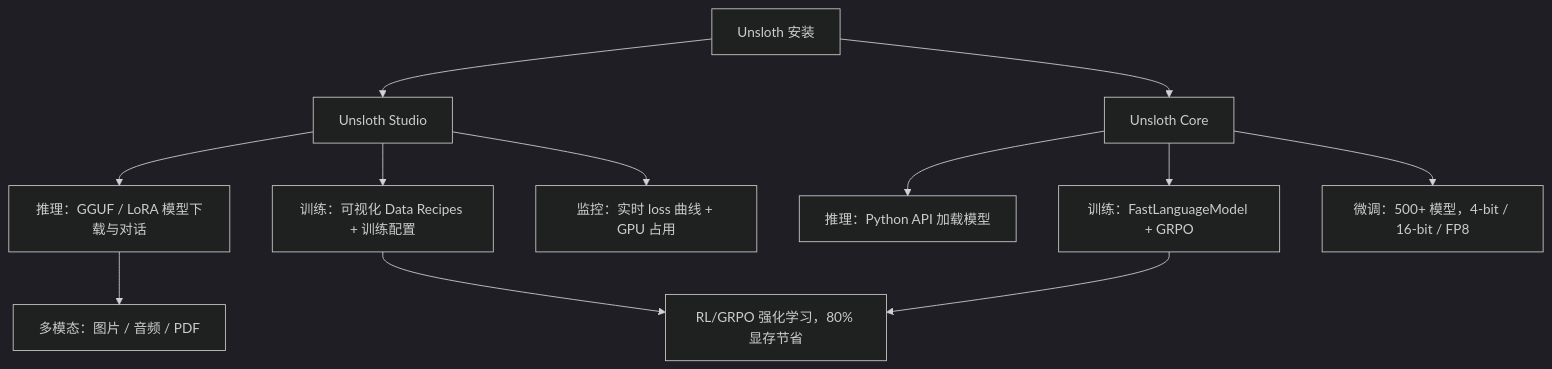
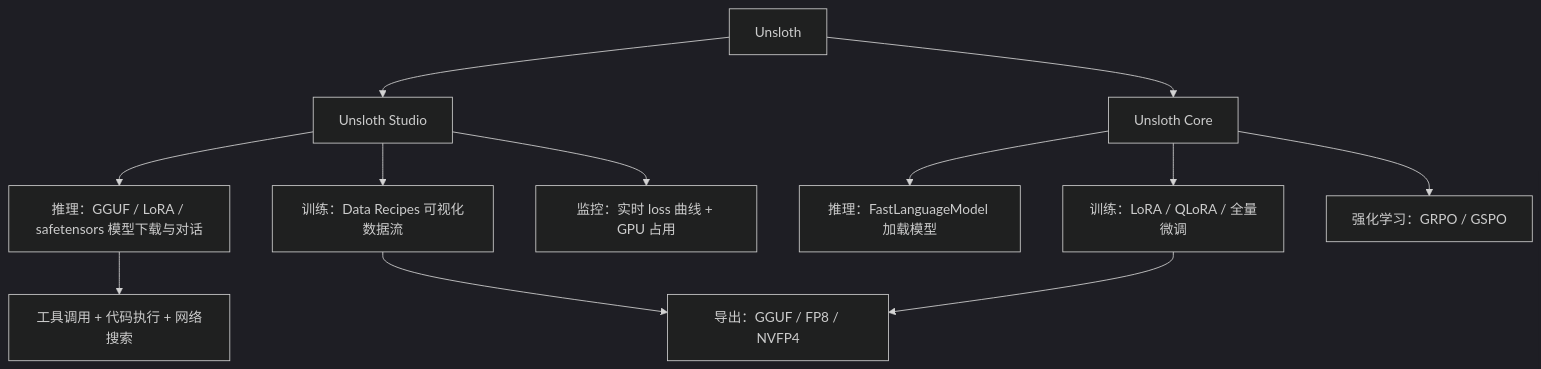
One commit to A1pha3/text-matrix changed the diagram in content/posts/tech/unsloth-ai-training-inference-platform-guide.md. Above: the diagram before and after it, drawn with Mermaid (dark theme). The commit also changed other lines of this file and 29 other files, not shown here.

````diff
--- a/content/posts/tech/unsloth-ai-training-inference-platform-guide.md
+++ b/content/posts/tech/unsloth-ai-training-inference-platform-guide.md
@@ -23,14 +29,14 @@
 ```mermaid
 graph TD
-    A[Unsloth 安装] --> B[Unsloth Studio]
+    A[Unsloth] --> B[Unsloth Studio]
     A --> C[Unsloth Core]
-    B --> D[推理：GGUF / LoRA 模型下载与对话]
-    B --> E[训练：可视化 Data Recipes + 训练配置]
+    B --> D[推理：GGUF / LoRA / safetensors 模型下载与对话]
+    B --> E[训练：Data Recipes 可视化数据流]
     B --> F[监控：实时 loss 曲线 + GPU 占用]
-    C --> G[推理：Python API 加载模型]
-    C --> H[训练：FastLanguageModel + GRPO]
-    C --> I[微调：500+ 模型，4-bit / 16-bit / FP8]
-    D --> J[多模态：图片 / 音频 / PDF]
-    E --> K[RL/GRPO 强化学习，80% 显存节省]
+    C --> G[推理：FastLanguageModel 加载模型]
+    C --> H[训练：LoRA / QLoRA / 全量微调]
+    C --> I[强化学习：GRPO / GSPO]
+    D --> J[工具调用 + 代码执行 + 网络搜索]
+    E --> K[导出：GGUF / FP8 / NVFP4]
     H --> K
 ```
````
